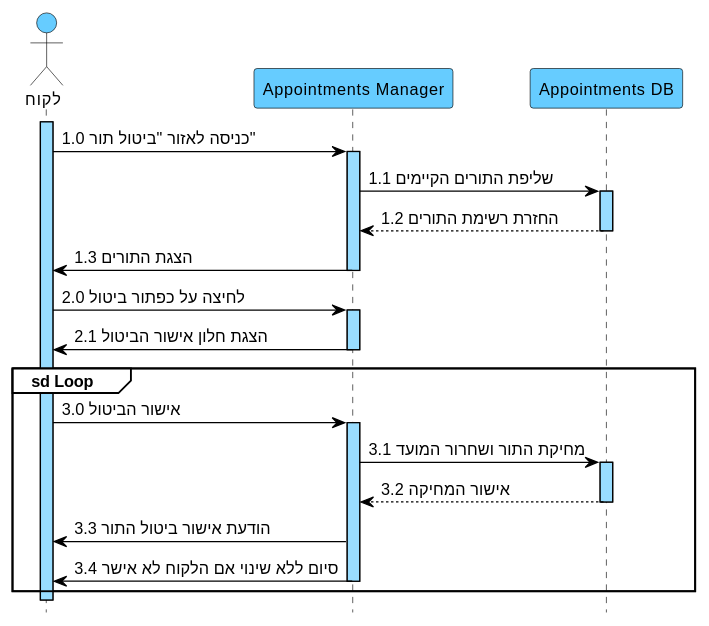
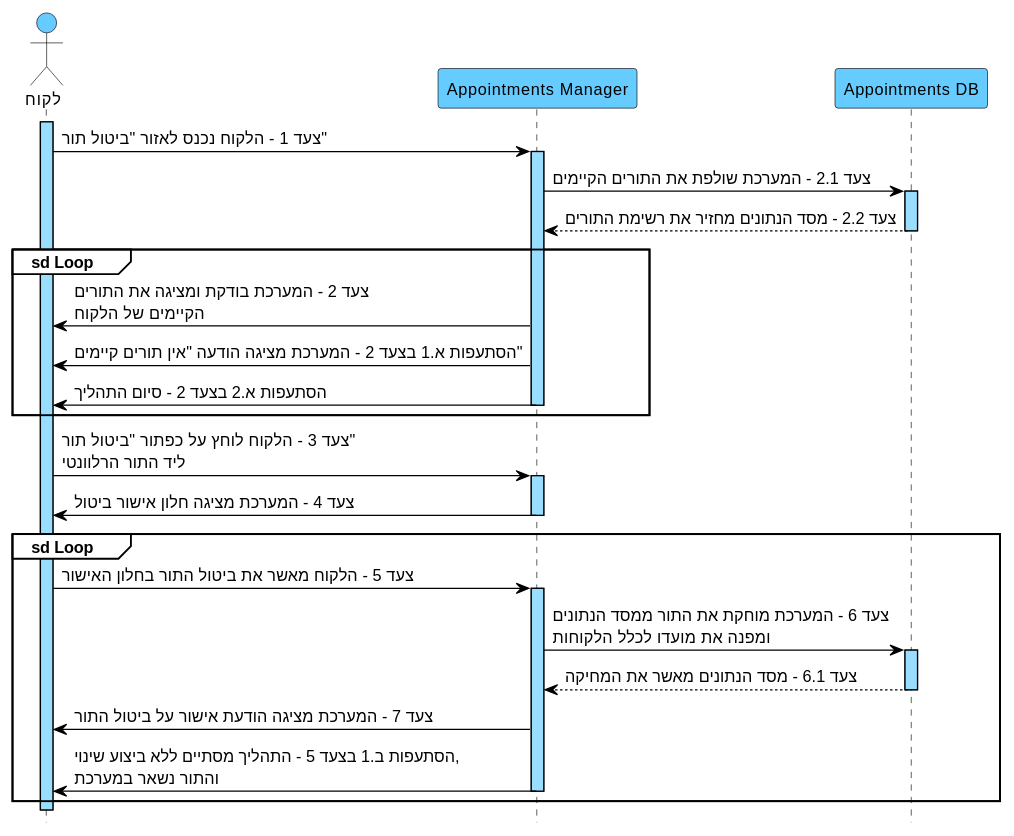
One commit to arielkaplan20/GOLDEN_HAIR_SALOAN changed the diagram in docs/diagrams/puml/06-seq-suc06-ביטול-תור.puml. Above: the diagram before and after it, drawn with PlantUML. The commit also changed 26 other files, not shown here.

```diff
--- a/docs/diagrams/puml/06-seq-suc06-ביטול-תור.puml
+++ b/docs/diagrams/puml/06-seq-suc06-ביטול-תור.puml
@@ -1,53 +1,58 @@
 @startuml
 hide footbox
 skinparam backgroundColor white
 skinparam defaultFontName Arial
 skinparam defaultFontSize 13
 skinparam sequence {
 ArrowColor black
 ArrowFontColor black
 ActorBorderColor black
 ActorBackgroundColor #66CCFF
 LifeLineBorderColor black
 LifeLineBackgroundColor #99DDFF
 ParticipantBorderColor black
 ParticipantBackgroundColor #66CCFF
 ParticipantFontColor black
 ParticipantFontSize 13
 GroupBorderColor black
 GroupBackgroundColor white
 GroupHeaderFontColor black
 }
 
 actor "לקוח" as C
 participant "Appointments Manager" as AM
 participant "Appointments DB" as DB
 
 activate C
-C -> AM : 1.0 כניסה לאזור "ביטול תור"
+C -> AM : צעד 1 - הלקוח נכנס לאזור "ביטול תור"
 activate AM
-AM -> DB : 1.1 שליפת התורים הקיימים
+AM -> DB : צעד 2.1 - המערכת שולפת את התורים הקיימים
 activate DB
-DB --> AM : 1.2 החזרת רשימת התורים
+DB --> AM : צעד 2.2 - מסד הנתונים מחזיר את רשימת התורים
 deactivate DB
-AM -> C : 1.3 הצגת התורים
+
+group sd Loop
+AM -> C : צעד 2 - המערכת בודקת ומציגה את התורים\nהקיימים של הלקוח
+AM -> C : הסתעפות א.1 בצעד 2 - המערכת מציגה הודעה "אין תורים קיימים"
+AM -> C : הסתעפות א.2 בצעד 2 - סיום התהליך
 deactivate AM
+end
 
-C -> AM : 2.0 לחיצה על כפתור ביטול
+C -> AM : צעד 3 - הלקוח לוחץ על כפתור "ביטול תור"\nליד התור הרלוונטי
 activate AM
-AM -> C : 2.1 הצגת חלון אישור הביטול
+AM -> C : צעד 4 - המערכת מציגה חלון אישור ביטול
 deactivate AM
 
 group sd Loop
-C -> AM : 3.0 אישור הביטול
+C -> AM : צעד 5 - הלקוח מאשר את ביטול התור בחלון האישור
 activate AM
-AM -> DB : 3.1 מחיקת התור ושחרור המועד
+AM -> DB : צעד 6 - המערכת מוחקת את התור ממסד הנתונים\nומפנה את מועדו לכלל הלקוחות
 activate DB
-DB --> AM : 3.2 אישור המחיקה
+DB --> AM : צעד 6.1 - מסד הנתונים מאשר את המחיקה
 deactivate DB
-AM -> C : 3.3 הודעת אישור ביטול התור
-AM -> C : 3.4 סיום ללא שינוי אם הלקוח לא אישר
+AM -> C : צעד 7 - המערכת מציגה הודעת אישור על ביטול התור
+AM -> C : הסתעפות ב.1 בצעד 5 - התהליך מסתיים ללא ביצוע שינוי,\nוהתור נשאר במערכת
 deactivate AM
 end
 deactivate C
 @enduml
```
